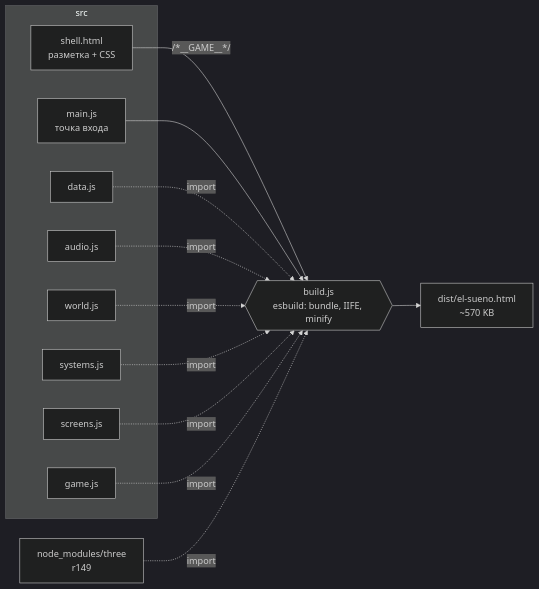
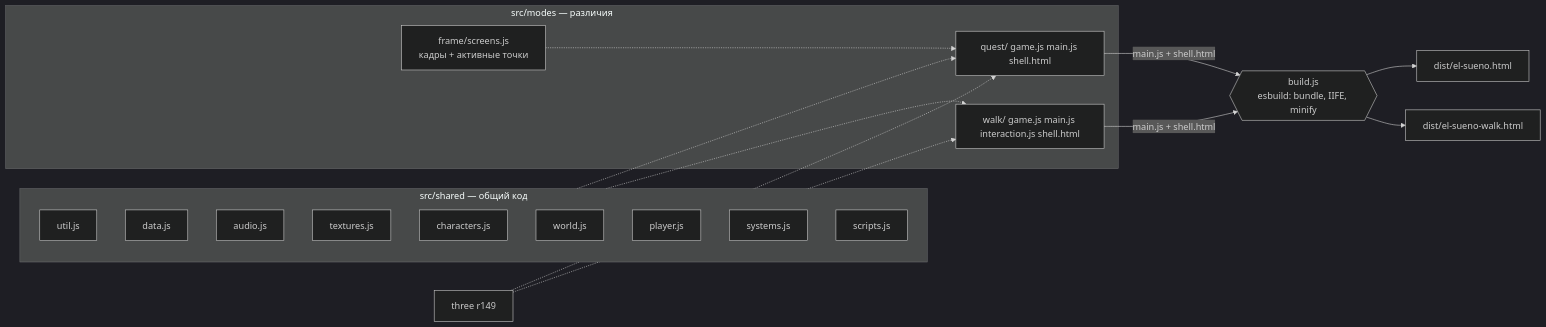
One commit to anrayt/el-sueno-game changed the first of 5 diagrams in docs/ARCHITECTURE.md. Above: the diagram before and after it, drawn with Mermaid (dark theme). The commit also changed other lines of this file and 33 other files, not shown here.

First line of the commit message:
Общий код в src/shared, различия режимов в src/modes

````diff
--- a/docs/ARCHITECTURE.md
+++ b/docs/ARCHITECTURE.md
@@ -7,15 +7,18 @@
 ```mermaid
 flowchart LR
-    subgraph src
-        shell[shell.html<br/>разметка + CSS]
-        main[main.js<br/>точка входа]
-        data[data.js] & audio[audio.js] & world[world.js] & systems[systems.js] & screens[screens.js] & game[game.js]
+    subgraph shared[src/shared — общий код]
+        util[util.js] & data[data.js] & audio[audio.js] & textures[textures.js] & characters[characters.js]
+        world[world.js] & player[player.js] & systems[systems.js] & scripts[scripts.js]
     end
-    three[node_modules/three<br/>r149]
+    subgraph modes[src/modes — различия]
+        frame[frame/screens.js<br/>кадры + активные точки]
+        quest[quest/ game.js main.js shell.html]
+        walk[walk/ game.js main.js interaction.js shell.html]
+    end
+    three[three r149]
     esb{{build.js<br/>esbuild: bundle, IIFE, minify}}
-    out[dist/el-sueno.html<br/>~570 KB]
-    main --> esb
-    data & audio & world & systems & screens & game & three -.->|import| esb
-    shell -->|/*__GAME__*/| esb
-    esb --> out
+    shared & three -.-> quest & walk
+    frame -.-> quest
+    quest -->|main.js + shell.html| esb --> q[dist/el-sueno.html]
+    walk -->|main.js + shell.html| esb --> w[dist/el-sueno-walk.html]
 ```
````
